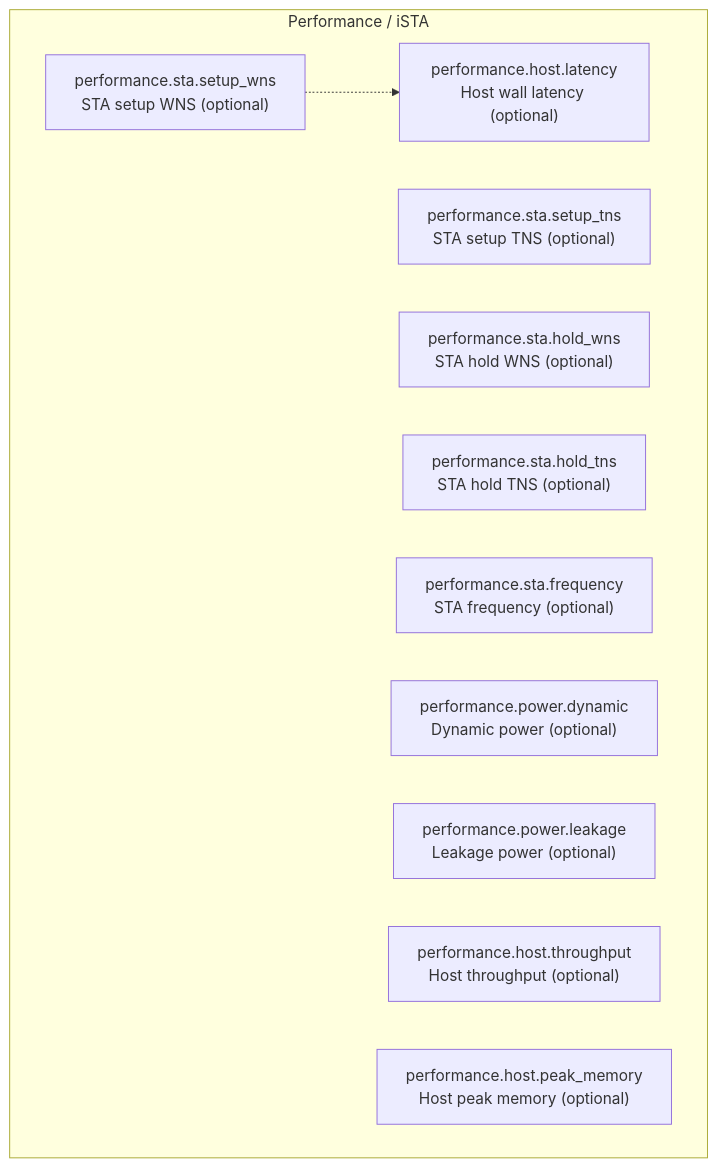
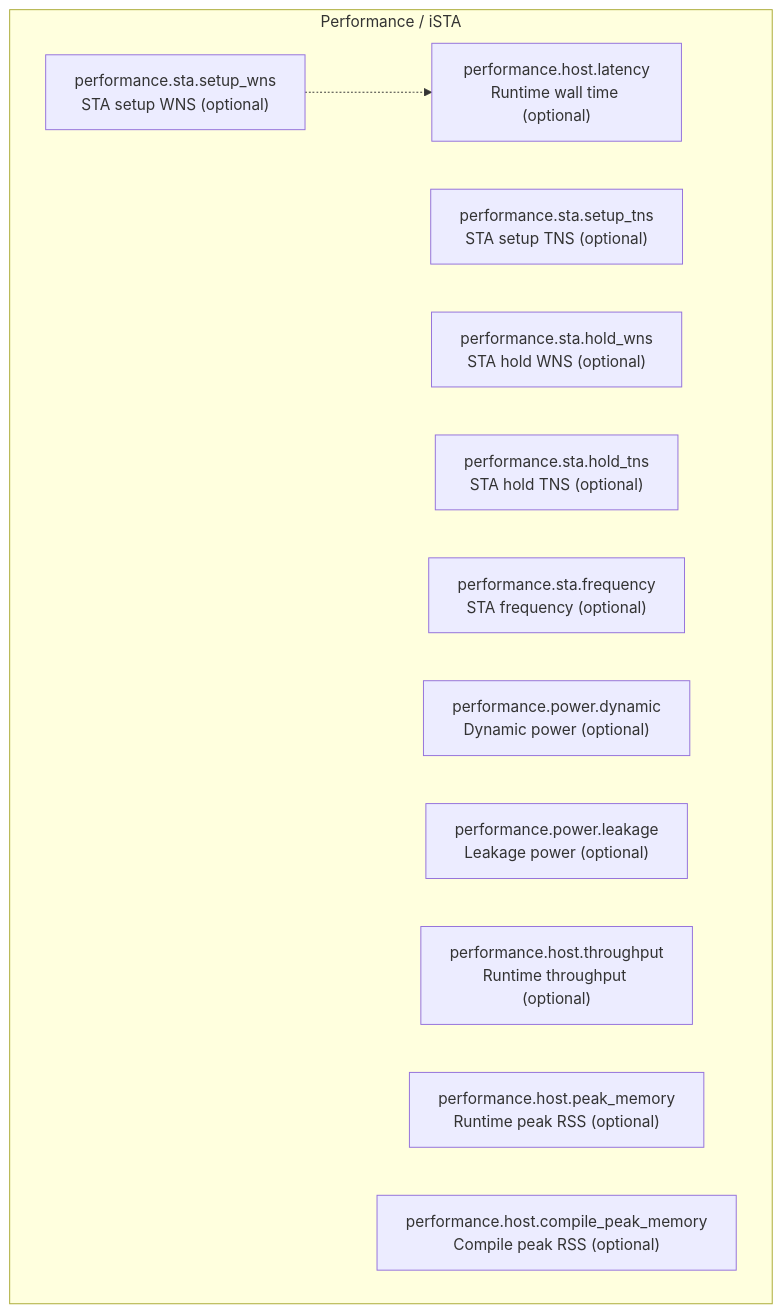
The fifth of 57 diagrams in .github/signoff-board/signoff-kanban.md (openecos-projects/ecc), drawn with Mermaid before and after one commit. The commit also changed other lines of this file and 1 other file, not shown here.

First line of the commit message:
feat(signoff): add compile peak RSS catalog slot; clarify host titles

````diff
--- a/.github/signoff-board/signoff-kanban.md
+++ b/.github/signoff-board/signoff-kanban.md
@@ -220,16 +222,17 @@
 ```mermaid
 flowchart TB
   subgraph cat_performance["Performance / iSTA"]
     performance_sta_setup_wns["performance.sta.setup_wns<br/>STA setup WNS (optional)"]
     performance_sta_setup_tns["performance.sta.setup_tns<br/>STA setup TNS (optional)"]
     performance_sta_hold_wns["performance.sta.hold_wns<br/>STA hold WNS (optional)"]
     performance_sta_hold_tns["performance.sta.hold_tns<br/>STA hold TNS (optional)"]
     performance_sta_frequency["performance.sta.frequency<br/>STA frequency (optional)"]
     performance_power_dynamic["performance.power.dynamic<br/>Dynamic power (optional)"]
     performance_power_leakage["performance.power.leakage<br/>Leakage power (optional)"]
-    performance_host_latency["performance.host.latency<br/>Host wall latency (optional)"]
-    performance_host_throughput["performance.host.throughput<br/>Host throughput (optional)"]
-    performance_host_peak_memory["performance.host.peak_memory<br/>Host peak memory (optional)"]
+    performance_host_latency["performance.host.latency<br/>Runtime wall time (optional)"]
+    performance_host_throughput["performance.host.throughput<br/>Runtime throughput (optional)"]
+    performance_host_peak_memory["performance.host.peak_memory<br/>Runtime peak RSS (optional)"]
+    performance_host_compile_peak_memory["performance.host.compile_peak_memory<br/>Compile peak RSS (optional)"]
   end
   performance_sta_setup_wns -.-> performance_host_latency
 ```
````
